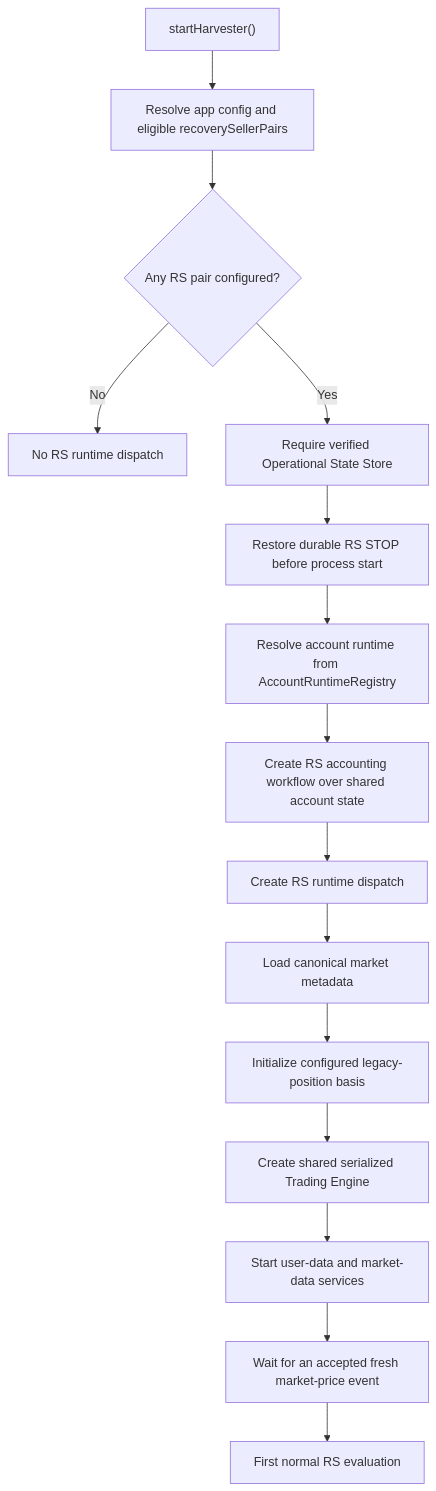
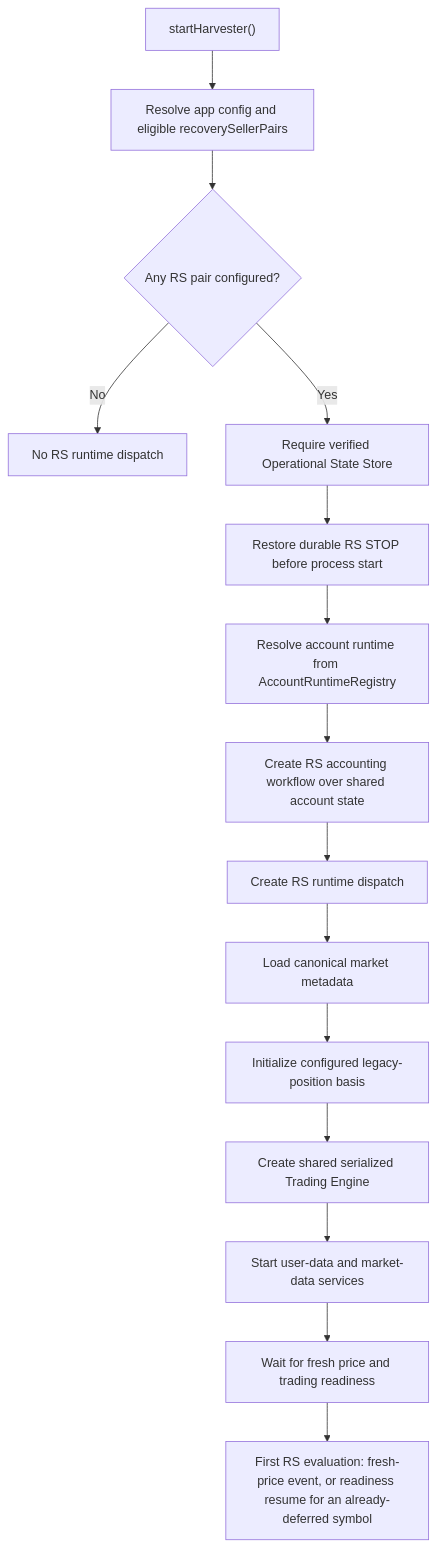
One commit to 45s/coinzilla changed the first of 9 diagrams in apps/harvester/docs/domain/recovery-seller-runtime-flows.md. Above: the diagram before and after it, drawn with Mermaid.

Commit message:
docs(harvester): clarify first RS evaluation trigger

````diff
--- a/apps/harvester/docs/domain/recovery-seller-runtime-flows.md
+++ b/apps/harvester/docs/domain/recovery-seller-runtime-flows.md
@@ -40,17 +40,17 @@
 ```mermaid
 flowchart TD
     A["startHarvester()"] --> B["Resolve app config and eligible recoverySellerPairs"]
     B --> C{"Any RS pair configured?"}
     C -- "No" --> Z["No RS runtime dispatch"]
     C -- "Yes" --> D["Require verified Operational State Store"]
     D --> E["Restore durable RS STOP before process start"]
     E --> F["Resolve account runtime from AccountRuntimeRegistry"]
     F --> G["Create RS accounting workflow over shared account state"]
     G --> H["Create RS runtime dispatch"]
     H --> I["Load canonical market metadata"]
     I --> J["Initialize configured legacy-position basis"]
     J --> K["Create shared serialized Trading Engine"]
     K --> L["Start user-data and market-data services"]
-    L --> M["Wait for an accepted fresh market-price event"]
-    M --> N["First normal RS evaluation"]
+    L --> M["Wait for fresh price and trading readiness"]
+    M --> N["First RS evaluation: fresh-price event, or readiness resume for an already-deferred symbol"]
 ```
````
